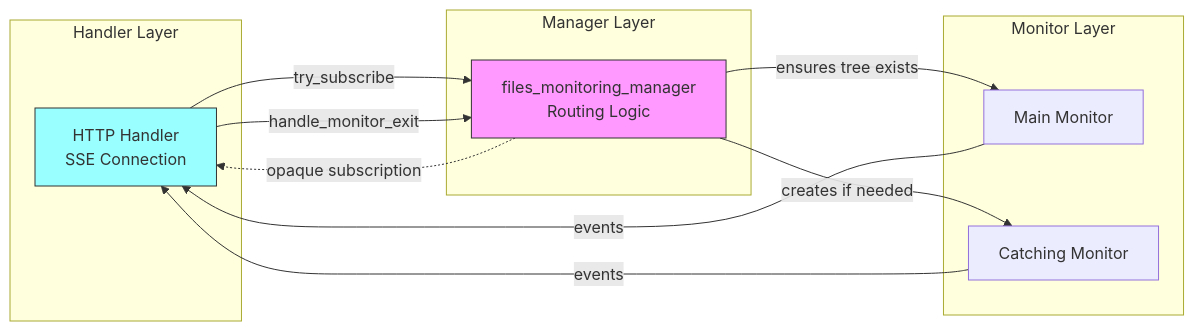
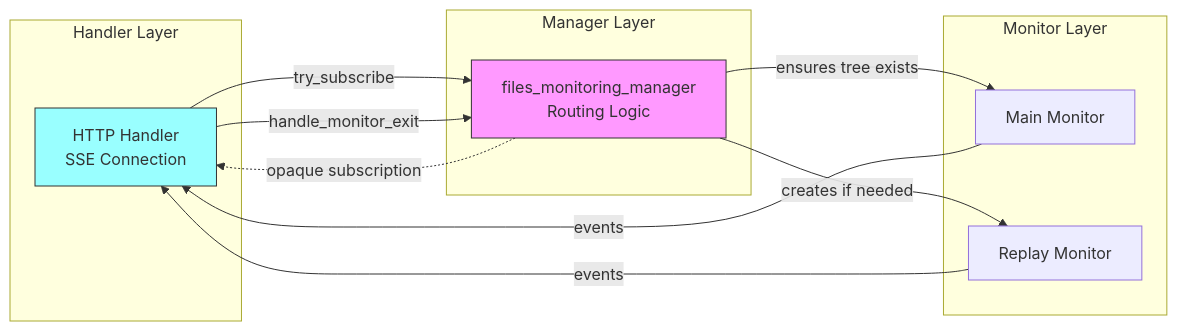
One commit to onedata/op-worker changed the second of 4 diagrams in doc/design/files_monitoring/architecture.md. Above: the diagram before and after it, drawn with Mermaid. The commit also changed other lines of this file and 12 other files, not shown here.

Commit message:
VFS-12887 Rename catching monitor to replay monitor

````diff
--- a/doc/design/files_monitoring/architecture.md
+++ b/doc/design/files_monitoring/architecture.md
@@ -152,28 +152,28 @@
 ```mermaid
 graph LR
     subgraph "Handler Layer"
         Handler[HTTP Handler<br/>SSE Connection]
     end
     
     subgraph "Manager Layer"
         Manager[files_monitoring_manager<br/>Routing Logic]
     end
     
     subgraph "Monitor Layer"
         Main[Main Monitor]
-        Catching[Catching Monitor]
+        Replay[Replay Monitor]
     end
     
     Handler -->|try_subscribe| Manager
     Handler -->|handle_monitor_exit| Manager
     
     Manager -->|ensures tree exists| Main
-    Manager -->|creates if needed| Catching
+    Manager -->|creates if needed| Replay
     Manager -.->|opaque subscription| Handler
     
     Main -->|events| Handler
-    Catching -->|events| Handler
+    Replay -->|events| Handler
     
     style Manager fill:#f9f,stroke:#333
     style Handler fill:#9ff,stroke:#333
 ```
````
